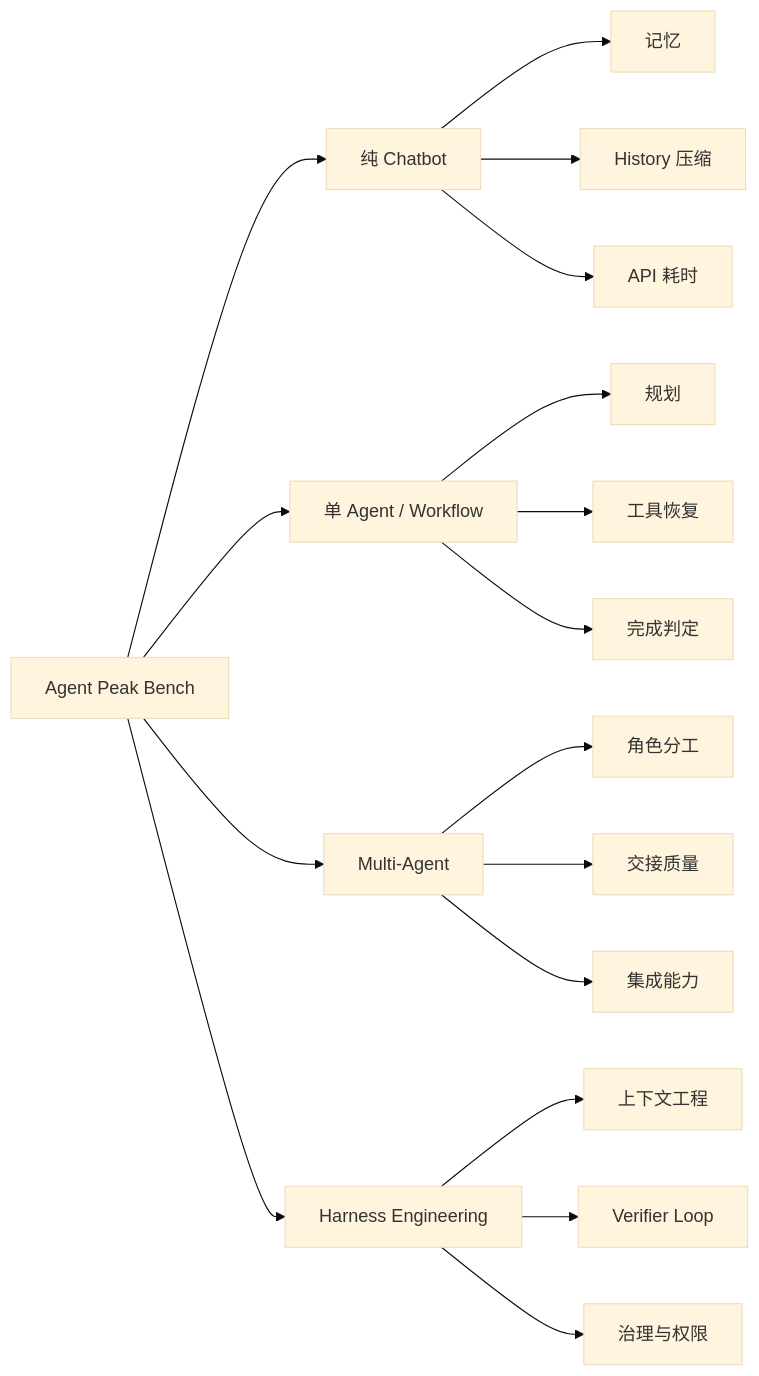
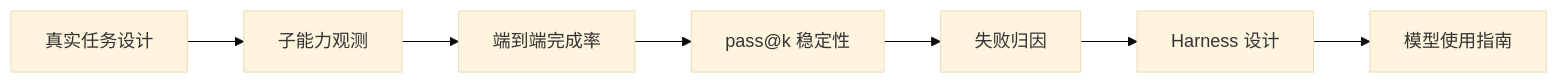
One commit to 2sao7sao/agent-peak-bench changed the diagram in README.zh-CN.md. Above: the diagram before and after it, drawn with Mermaid (base theme). The commit also changed other lines of this file and 4 other files, not shown here.

````diff
--- a/README.zh-CN.md
+++ b/README.zh-CN.md
@@ -104,23 +44,9 @@
 ```mermaid
 flowchart LR
-  A["Agent Peak Bench"] --> B["纯 Chatbot"]
-  A --> C["单 Agent / Workflow"]
-  A --> D["Multi-Agent"]
-  A --> E["Harness Engineering"]
-
-  B --> B1["记忆"]
-  B --> B2["History 压缩"]
-  B --> B3["API 耗时"]
-
-  C --> C1["规划"]
-  C --> C2["工具恢复"]
-  C --> C3["完成判定"]
-
-  D --> D1["角色分工"]
-  D --> D2["交接质量"]
-  D --> D3["集成能力"]
-
-  E --> E1["上下文工程"]
-  E --> E2["Verifier Loop"]
-  E --> E3["治理与权限"]
+  A["真实任务设计"] --> B["子能力观测"]
+  B --> C["端到端完成率"]
+  C --> D["pass@k 稳定性"]
+  D --> E["失败归因"]
+  E --> F["Harness 设计"]
+  F --> G["模型使用指南"]
 ```
````
